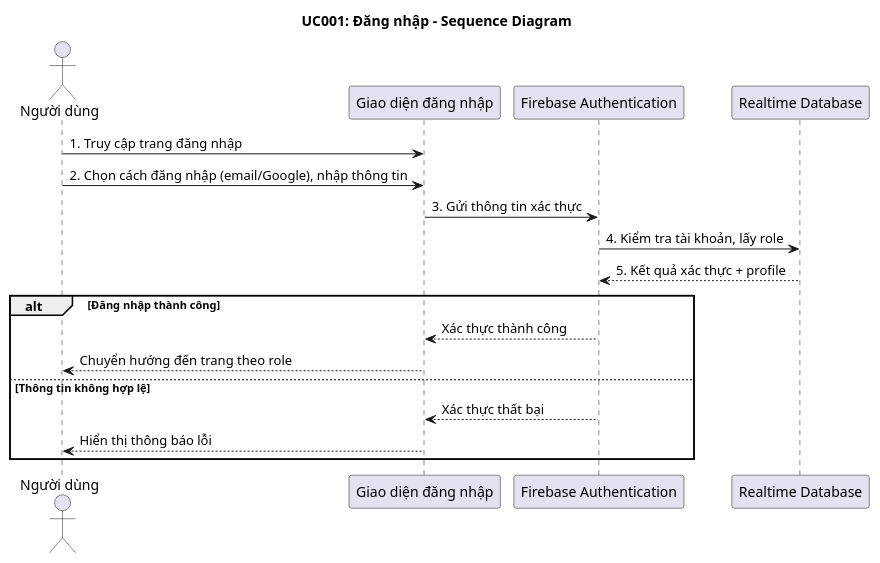
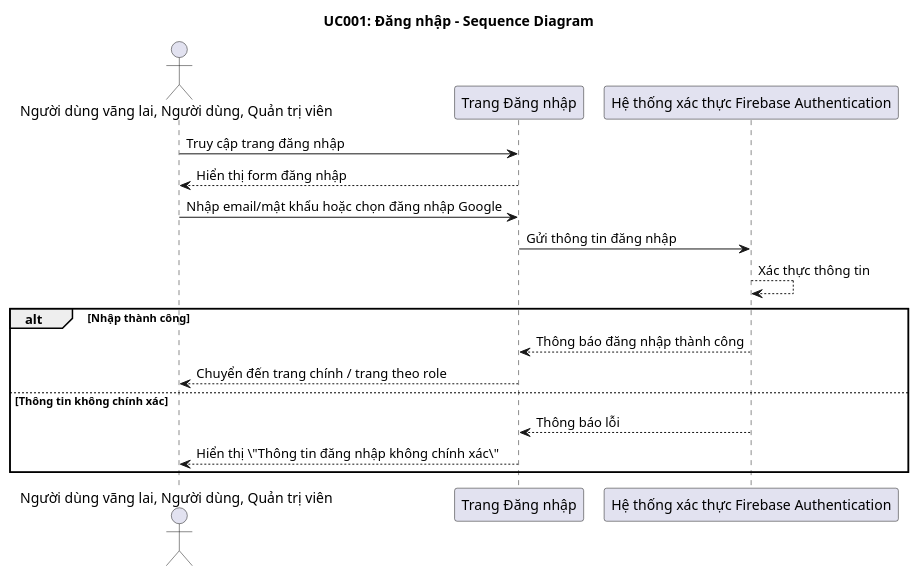
One commit to nhuquynh09a/nolitapizza changed the diagram in UC001_Login_Sequence_Diagram.puml. Above: the diagram before and after it, drawn with PlantUML. The commit also changed 24 other files, not shown here.

```diff
--- a/UC001_Login_Sequence_Diagram.puml
+++ b/UC001_Login_Sequence_Diagram.puml
@@ -1,23 +1,23 @@
 @startuml UC001_Login_Sequence_Diagram
 title UC001: Đăng nhập - Sequence Diagram
 
-actor "Người dùng" as User
-participant "Giao diện đăng nhập" as UI
-participant "Firebase Authentication" as Auth
-participant "Realtime Database" as DB
+actor "Người dùng vãng lai, Người dùng, Quản trị viên" as User
+participant "Trang Đăng nhập" as UI
+participant "Hệ thống xác thực Firebase Authentication" as Auth
 
-User -> UI: 1. Truy cập trang đăng nhập
-User -> UI: 2. Chọn cách đăng nhập (email/Google), nhập thông tin
-UI -> Auth: 3. Gửi thông tin xác thực
-Auth -> DB: 4. Kiểm tra tài khoản, lấy role
-DB --> Auth: 5. Kết quả xác thực + profile
+User -> UI: Truy cập trang đăng nhập
+UI --> User: Hiển thị form đăng nhập
 
-alt Đăng nhập thành công
-  Auth --> UI: Xác thực thành công
-  UI --> User: Chuyển hướng đến trang theo role
-else Thông tin không hợp lệ
-  Auth --> UI: Xác thực thất bại
-  UI --> User: Hiển thị thông báo lỗi
+User -> UI: Nhập email/mật khẩu hoặc chọn đăng nhập Google
+UI -> Auth: Gửi thông tin đăng nhập
+Auth --> Auth: Xác thực thông tin
+
+alt Nhập thành công
+  Auth --> UI: Thông báo đăng nhập thành công
+  UI --> User: Chuyển đến trang chính / trang theo role
+else Thông tin không chính xác
+  Auth --> UI: Thông báo lỗi
+  UI --> User: Hiển thị \"Thông tin đăng nhập không chính xác\"
 end
 
 @enduml
```
